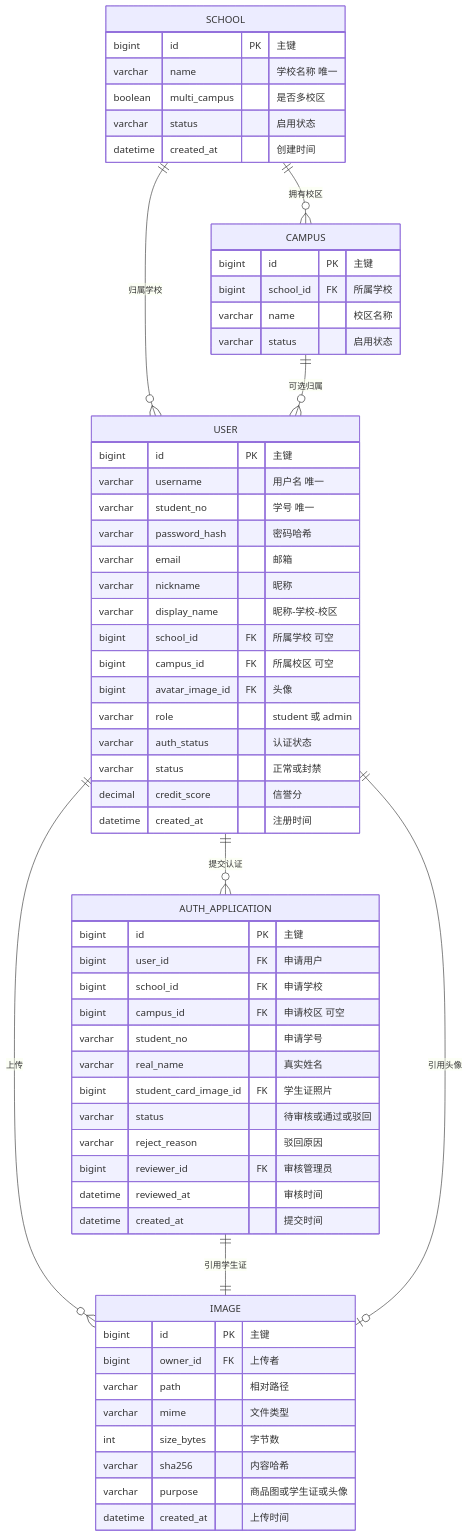
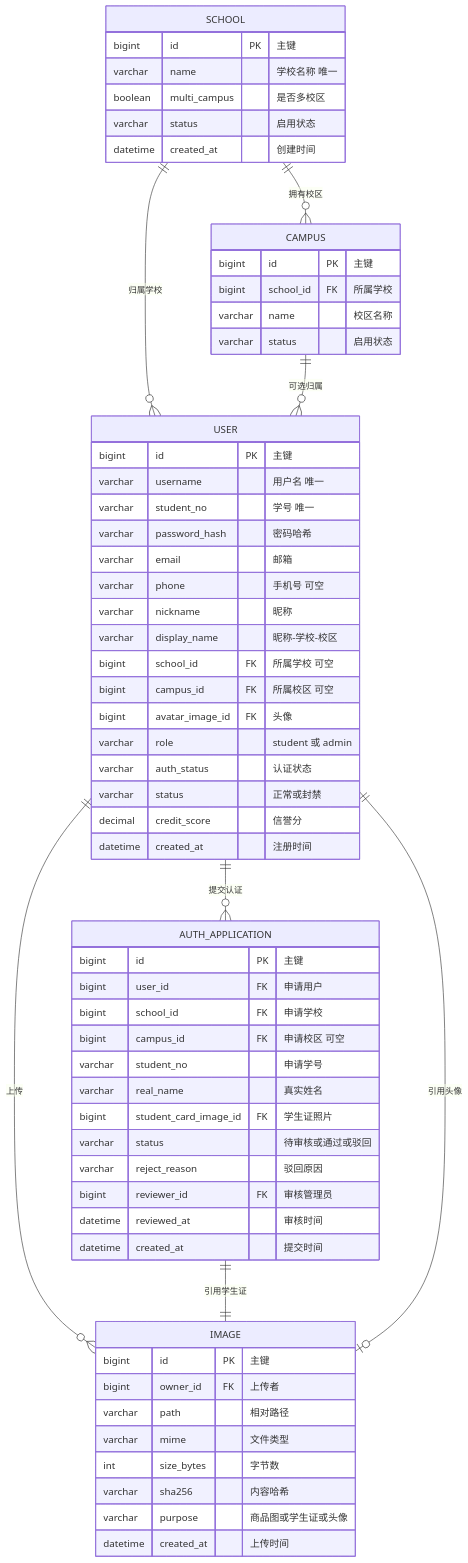
The ninth of 15 diagrams in docs/需求分析.md (oroiteS/Campus-Second-hand-Trading-Platform), drawn with Mermaid before and after one commit. The commit also changed other lines of this file and 10 other files, not shown here.

````diff
--- a/docs/需求分析.md
+++ b/docs/需求分析.md
@@ -587,72 +589,73 @@
 ```mermaid
 erDiagram
     accTitle: 用户与校园域数据模型
     accDescr: 学校与校区、用户、校园认证申请与图片资源之间的实体关系，认证通过后用户绑定学校与校区并可推导展示名。
 
     SCHOOL ||--o{ CAMPUS : "拥有校区"
     SCHOOL ||--o{ USER : "归属学校"
     CAMPUS ||--o{ USER : "可选归属"
     USER ||--o{ AUTH_APPLICATION : "提交认证"
     USER ||--o{ IMAGE : "上传"
     AUTH_APPLICATION ||--|| IMAGE : "引用学生证"
     USER ||--o| IMAGE : "引用头像"
 
     SCHOOL {
         bigint id PK "主键"
         varchar name "学校名称 唯一"
         boolean multi_campus "是否多校区"
         varchar status "启用状态"
         datetime created_at "创建时间"
     }
 
     CAMPUS {
         bigint id PK "主键"
         bigint school_id FK "所属学校"
         varchar name "校区名称"
         varchar status "启用状态"
     }
 
     USER {
         bigint id PK "主键"
         varchar username "用户名 唯一"
         varchar student_no "学号 唯一"
         varchar password_hash "密码哈希"
         varchar email "邮箱"
+        varchar phone "手机号 可空"
         varchar nickname "昵称"
         varchar display_name "昵称-学校-校区"
         bigint school_id FK "所属学校 可空"
         bigint campus_id FK "所属校区 可空"
         bigint avatar_image_id FK "头像"
         varchar role "student 或 admin"
         varchar auth_status "认证状态"
         varchar status "正常或封禁"
         decimal credit_score "信誉分"
         datetime created_at "注册时间"
     }
 
     AUTH_APPLICATION {
         bigint id PK "主键"
         bigint user_id FK "申请用户"
         bigint school_id FK "申请学校"
         bigint campus_id FK "申请校区 可空"
         varchar student_no "申请学号"
         varchar real_name "真实姓名"
         bigint student_card_image_id FK "学生证照片"
         varchar status "待审核或通过或驳回"
         varchar reject_reason "驳回原因"
         bigint reviewer_id FK "审核管理员"
         datetime reviewed_at "审核时间"
         datetime created_at "提交时间"
     }
 
     IMAGE {
         bigint id PK "主键"
         bigint owner_id FK "上传者"
         varchar path "相对路径"
         varchar mime "文件类型"
         int size_bytes "字节数"
         varchar sha256 "内容哈希"
         varchar purpose "商品图或学生证或头像"
         datetime created_at "上传时间"
     }
 ```
````
